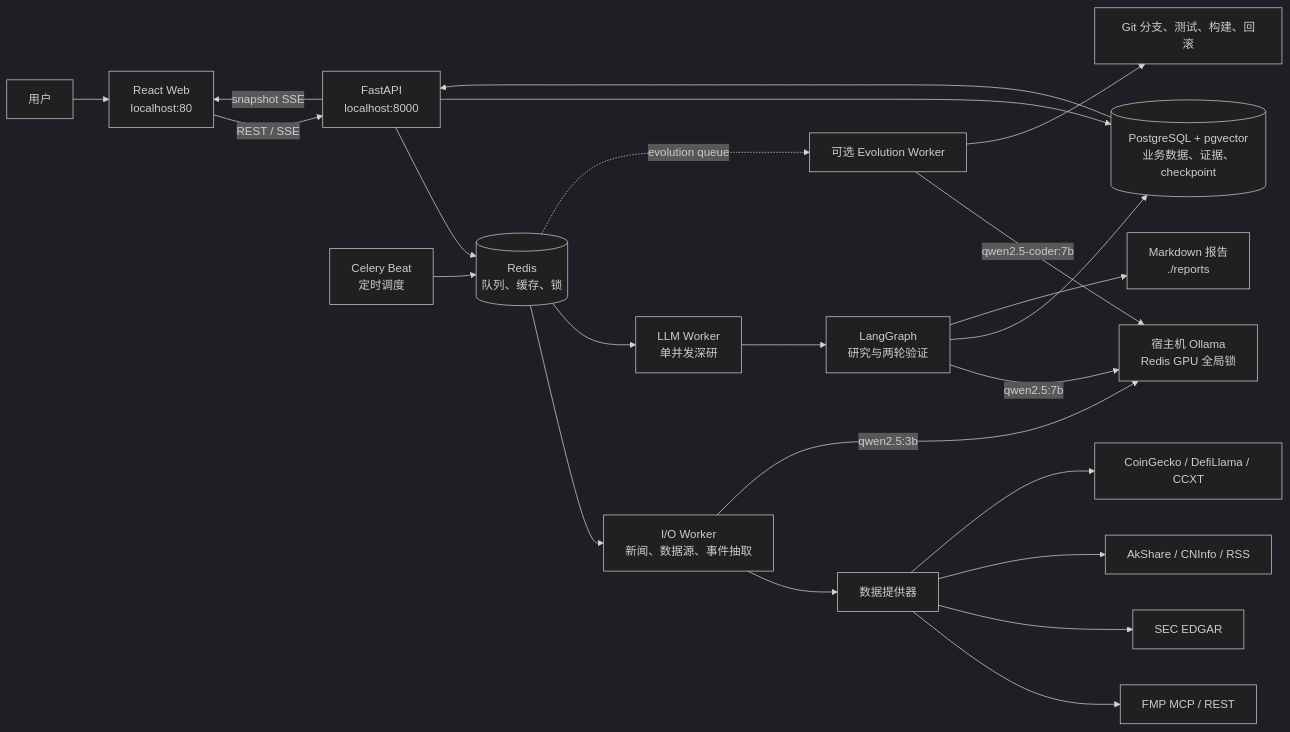
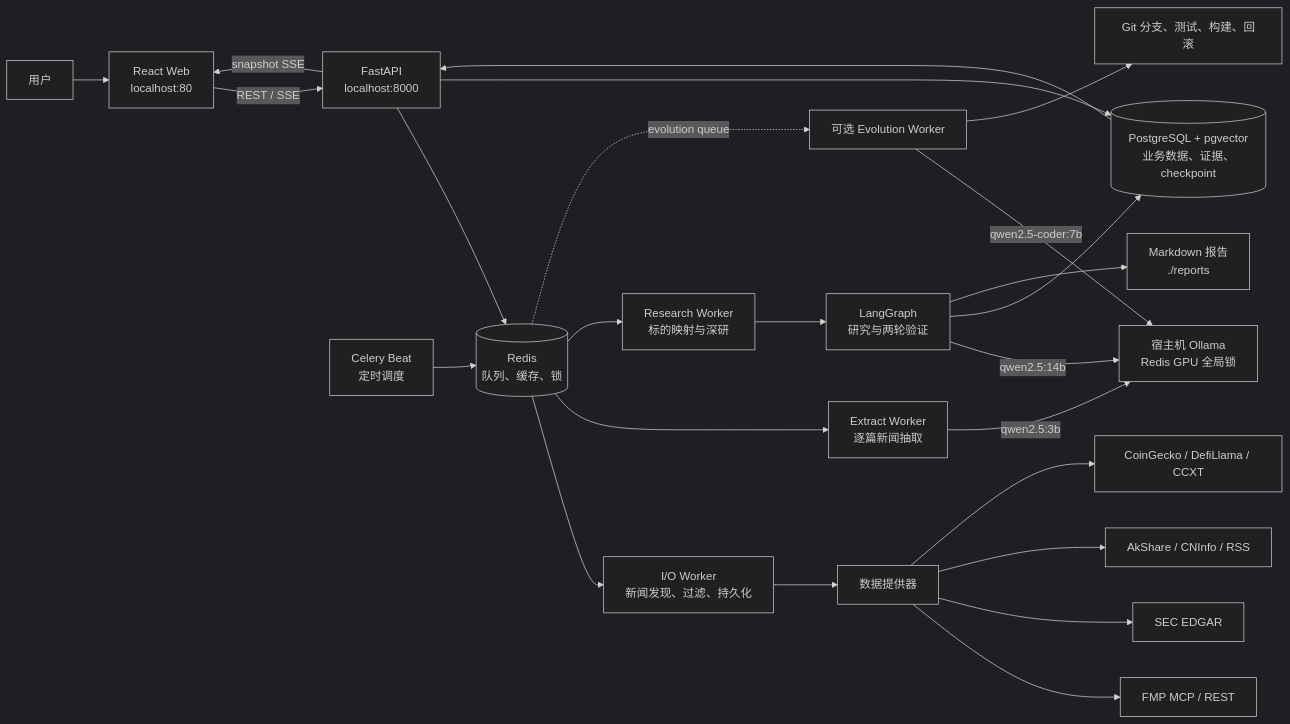
Before and after one commit to pcdogyu/RAG-Agentic-Looping: the first of 2 diagrams in README.md, drawn with Mermaid (dark theme). The commit also changed other lines of this file and 12 other files, not shown here.

````diff
--- a/README.md
+++ b/README.md
@@ -56,31 +56,32 @@
 ```mermaid
 flowchart LR
     USER[用户] --> WEB[React Web<br/>localhost:80]
     WEB -->|REST / SSE| API[FastAPI<br/>localhost:8000]
 
     SCHED[Celery Beat<br/>定时调度] --> REDIS[(Redis<br/>队列、缓存、锁)]
     API --> REDIS
     API --> PG[(PostgreSQL + pgvector<br/>业务数据、证据、checkpoint)]
 
-    REDIS --> IO[I/O Worker<br/>新闻、数据源、事件抽取]
-    REDIS --> LLM[LLM Worker<br/>单并发深研]
+    REDIS --> IO[I/O Worker<br/>新闻发现、过滤、持久化]
+    REDIS --> EXTRACT[Extract Worker<br/>逐篇新闻抽取]
+    REDIS --> LLM[Research Worker<br/>标的映射与深研]
 
     IO --> PROVIDERS[数据提供器]
     PROVIDERS --> FMP[FMP MCP / REST]
     PROVIDERS --> SEC[SEC EDGAR]
     PROVIDERS --> CN[AkShare / CNInfo / RSS]
     PROVIDERS --> CRYPTO[CoinGecko / DefiLlama / CCXT]
 
-    IO -->|qwen2.5:3b| OLLAMA[宿主机 Ollama<br/>Redis GPU 全局锁]
+    EXTRACT -->|qwen2.5:3b| OLLAMA[宿主机 Ollama<br/>Redis GPU 全局锁]
     LLM --> GRAPH[LangGraph<br/>研究与两轮验证]
-    GRAPH -->|qwen2.5:7b| OLLAMA
+    GRAPH -->|qwen2.5:14b| OLLAMA
     GRAPH --> PG
     GRAPH --> REPORTS[Markdown 报告<br/>./reports]
 
     PG --> API
     API -->|snapshot SSE| WEB
 
     EVOLVE[可选 Evolution Worker] -->|qwen2.5-coder:7b| OLLAMA
     EVOLVE --> GIT[Git 分支、测试、构建、回滚]
     REDIS -. evolution queue .-> EVOLVE
 ```
````
